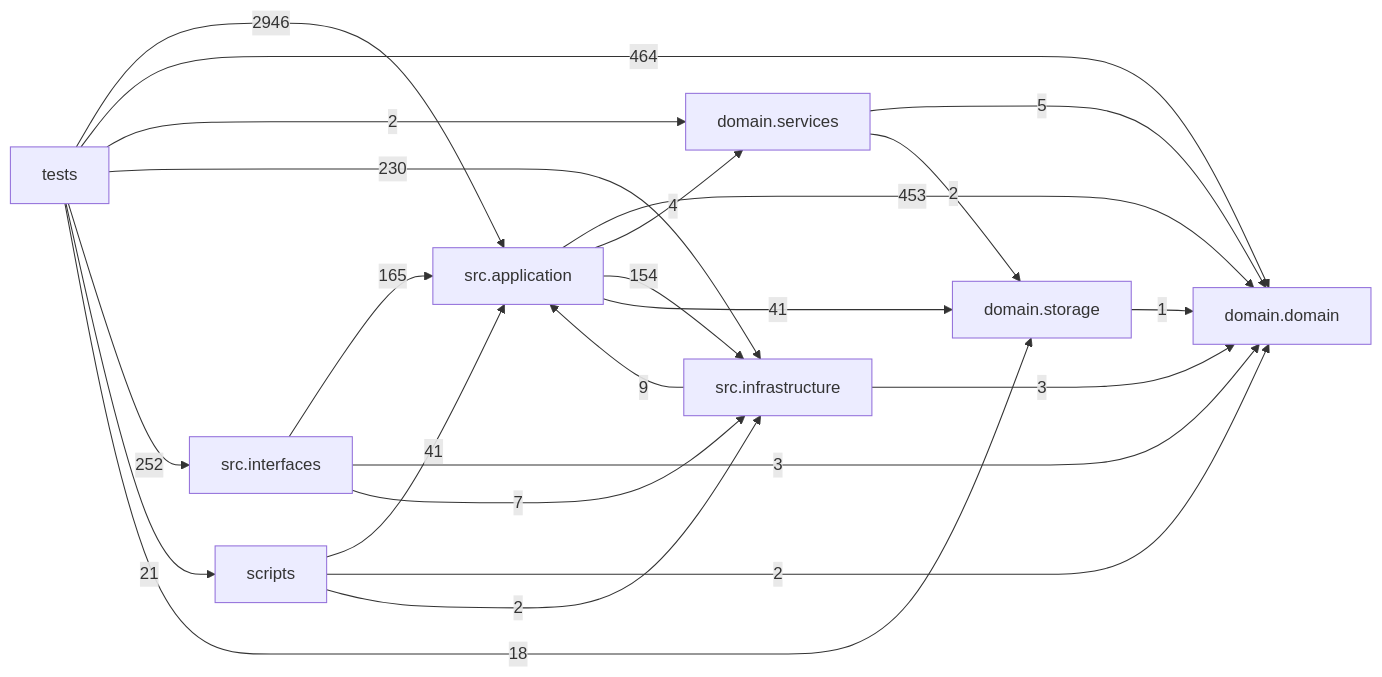
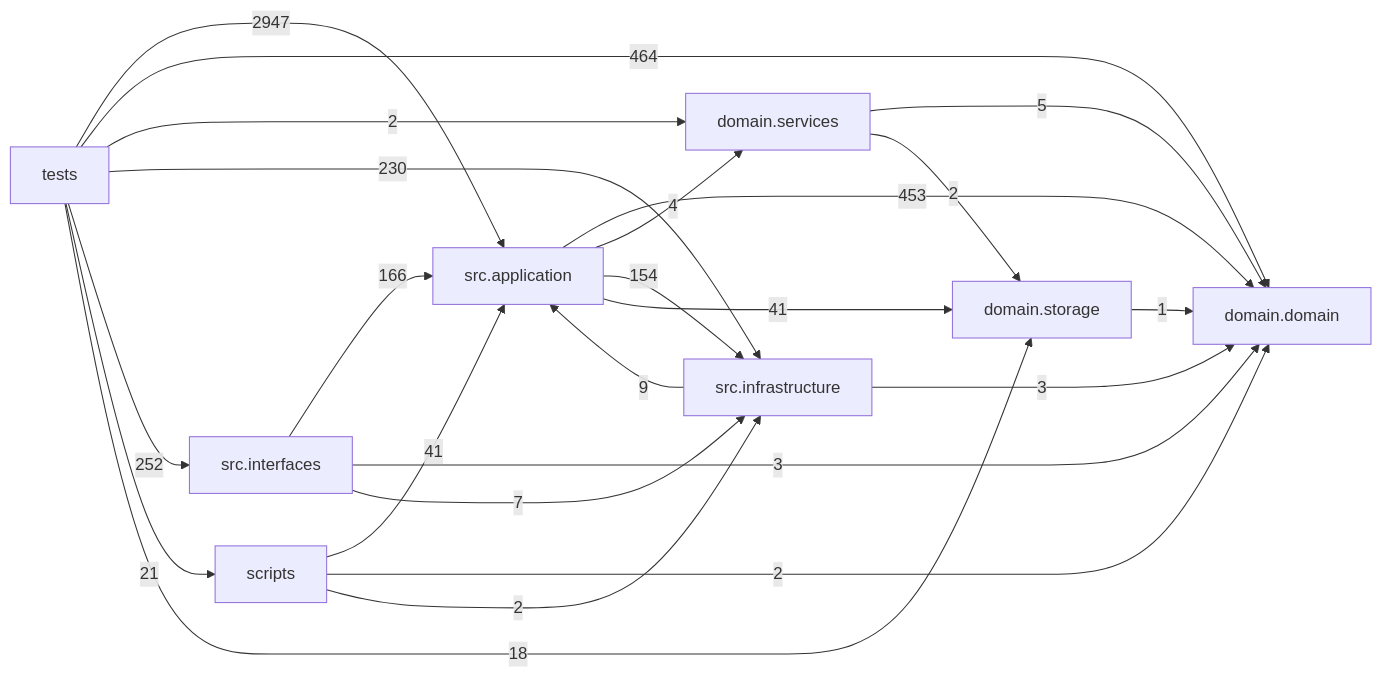
Before and after one commit to liuxie066/options-monitor: the diagram in docs/DEPENDENCY_GRAPH.md, drawn with Mermaid. The commit also changed other lines of this file and 13 other files, not shown here.

````diff
--- a/docs/DEPENDENCY_GRAPH.md
+++ b/docs/DEPENDENCY_GRAPH.md
@@ -24,33 +24,33 @@
 ```mermaid
 flowchart LR
   tests["tests"]
   scripts["scripts"]
   interfaces["src.interfaces"]
   application["src.application"]
   infrastructure["src.infrastructure"]
   domain_services["domain.services"]
   domain["domain.domain"]
   storage["domain.storage"]
   application -->|453| domain
   application -->|4| domain_services
   application -->|154| infrastructure
   application -->|41| storage
   domain_services -->|5| domain
   domain_services -->|2| storage
   infrastructure -->|9| application
   infrastructure -->|3| domain
-  interfaces -->|165| application
+  interfaces -->|166| application
   interfaces -->|3| domain
   interfaces -->|7| infrastructure
   scripts -->|41| application
   scripts -->|2| domain
   scripts -->|2| infrastructure
   storage -->|1| domain
-  tests -->|2946| application
+  tests -->|2947| application
   tests -->|464| domain
   tests -->|2| domain_services
   tests -->|230| infrastructure
   tests -->|252| interfaces
   tests -->|21| scripts
   tests -->|18| storage
 ```
````
